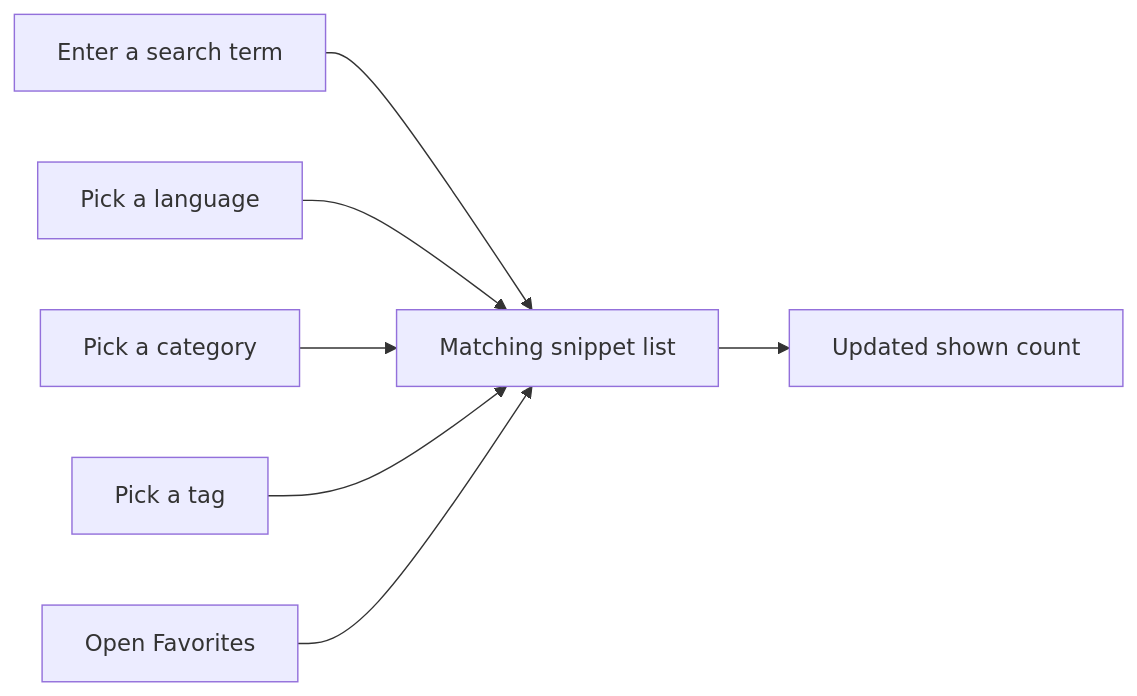
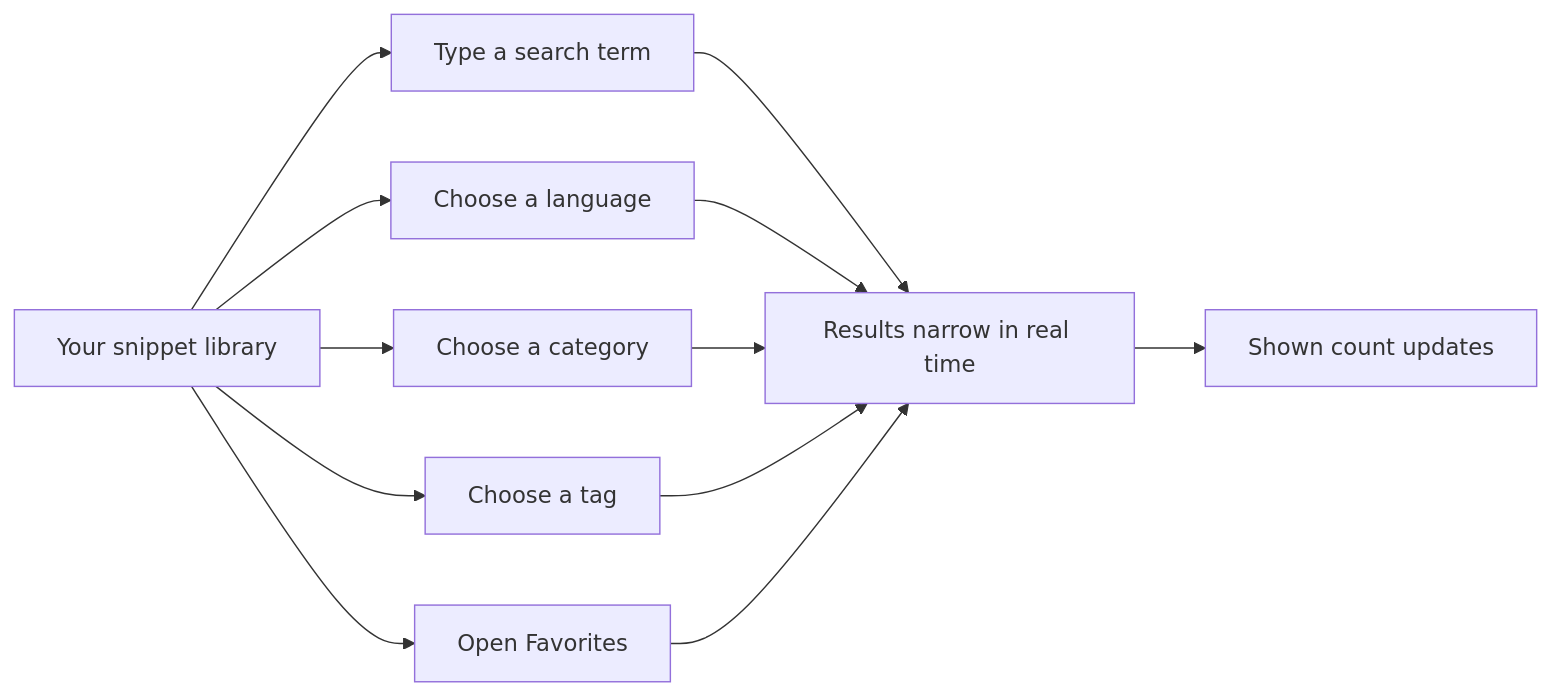
The first of 2 diagrams in api2-documentation/plan_2026-11-02_f8890e/user-facing-docs/search-and-filter.md (Mohita111/API2), drawn with Mermaid before and after one commit. The commit also changed other lines of this file and 11 other files, not shown here.

````diff
--- a/api2-documentation/plan_2026-11-02_f8890e/user-facing-docs/search-and-filter.md
+++ b/api2-documentation/plan_2026-11-02_f8890e/user-facing-docs/search-and-filter.md
@@ -44,9 +37,14 @@
 ```mermaid
 graph LR
-    A[Enter a search term] --> G[Matching snippet list]
-    B[Pick a language] --> G
-    C[Pick a category] --> G
-    D[Pick a tag] --> G
-    E[Open Favorites] --> G
-    G --> F[Updated shown count]
+    A["Your snippet library"] --> B["Type a search term"]
+    A --> C["Choose a language"]
+    A --> D["Choose a category"]
+    A --> E["Choose a tag"]
+    A --> F["Open Favorites"]
+    B --> G["Results narrow in real time"]
+    C --> G
+    D --> G
+    E --> G
+    F --> G
+    G --> H["Shown count updates"]
 ```
````
